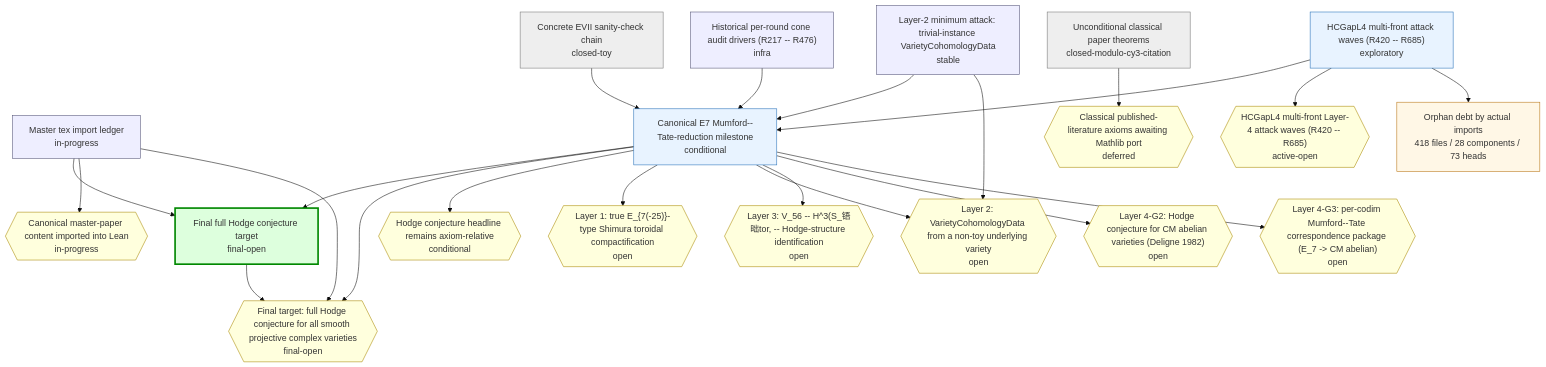
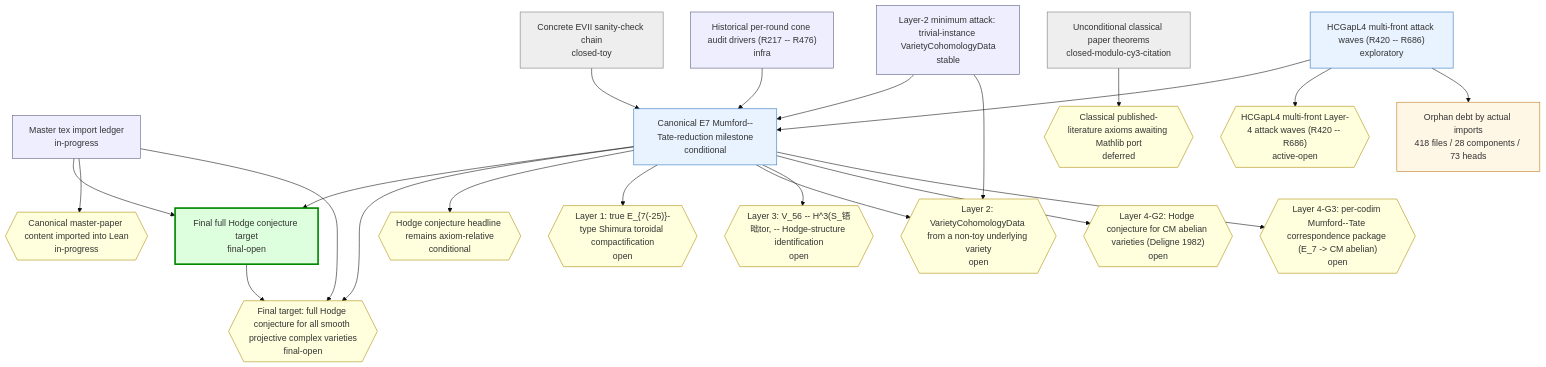
One commit to crabsatellite/hodge-conjecture-lean4-formalization changed the first of 2 diagrams in chain-status/research-map.md. Above: the diagram before and after it, drawn with Mermaid (base theme). The commit also changed other lines of this file and 8 other files, not shown here.

````diff
--- a/chain-status/research-map.md
+++ b/chain-status/research-map.md
@@ -46,54 +46,54 @@
 ```mermaid
 graph TD
   classDef main fill:#dfd,stroke:#080,stroke-width:3px
   classDef active fill:#e8f3ff,stroke:#2670b8
   classDef support fill:#eef,stroke:#557
   classDef closed fill:#eee,stroke:#777
   classDef dead fill:#fdd,stroke:#a00,stroke-width:2px
   classDef gapOpen fill:#ffd,stroke:#a80
   classDef gapClosed fill:#eee,stroke:#777
   classDef gapDead fill:#fdd,stroke:#a00
   classDef debt fill:#fff7e6,stroke:#b87514
   classDef debtTaxonomy fill:#e8f3ff,stroke:#2670b8,stroke-dasharray:3 3
   classDef debtRule fill:#eefbea,stroke:#398439,stroke-dasharray:3 3
   classDef debtDead fill:#fdd,stroke:#a00,stroke-dasharray:3 3
   chain_full_hc_final_target["Final full Hodge conjecture target\nfinal-open"]:::main
   chain_master_paper_import_ledger["Master tex import ledger\nin-progress"]:::support
   chain_main_hc_axiom_relative["Canonical E7 Mumford--Tate-reduction milestone\nconditional"]:::active
   chain_unconditional_classical["Unconditional classical paper theorems\nclosed-modulo-cy3-citation"]:::closed
   chain_hcgap_l2_trivial_instances["Layer-2 minimum attack: trivial-instance VarietyCohomologyData\nstable"]:::support
-  chain_hcgap_l4_multifront_active["HCGapL4 multi-front attack waves (R420 -- R685)\nexploratory"]:::active
+  chain_hcgap_l4_multifront_active["HCGapL4 multi-front attack waves (R420 -- R686)\nexploratory"]:::active
   chain_concrete_evii_toy["Concrete EVII sanity-check chain\nclosed-toy"]:::closed
   chain_historical_cone_audits["Historical per-round cone audit drivers (R217 -- R476)\ninfra"]:::support
   gap_G_full_hc{{"Final target: full Hodge conjecture for all smooth projective complex varieties\nfinal-open"}}:::gapOpen
   gap_G_master_paper_import{{"Canonical master-paper content imported into Lean\nin-progress"}}:::gapOpen
   gap_G_main_hc{{"Hodge conjecture headline remains axiom-relative\nconditional"}}:::gapOpen
   gap_G_l1_e7_shimura_tor{{"Layer 1: true E_{7(-25)}-type Shimura toroidal compactification\nopen"}}:::gapOpen
   gap_G_l2_cohomology_construction{{"Layer 2: VarietyCohomologyData from a non-toy underlying variety\nopen"}}:::gapOpen
   gap_G_l3_v56_mt_identification{{"Layer 3: V_56 -- H^3(S_铻昢tor, -- Hodge-structure identification\nopen"}}:::gapOpen
   gap_G_l4_cm_abelian_hc{{"Layer 4-G2: Hodge conjecture for CM abelian varieties (Deligne 1982)\nopen"}}:::gapOpen
   gap_G_l4_mt_correspondence{{"Layer 4-G3: per-codim Mumford--Tate correspondence package (E_7 -> CM abelian)\nopen"}}:::gapOpen
   gap_G_classical_mathlib_port{{"Classical published-literature axioms awaiting Mathlib port\ndeferred"}}:::gapOpen
-  gap_G_hcgap_l4_multifront{{"HCGapL4 multi-front Layer-4 attack waves (R420 -- R685)\nactive-open"}}:::gapOpen
+  gap_G_hcgap_l4_multifront{{"HCGapL4 multi-front Layer-4 attack waves (R420 -- R686)\nactive-open"}}:::gapOpen
   chain_full_hc_final_target --> gap_G_full_hc
   chain_master_paper_import_ledger --> chain_full_hc_final_target
   chain_master_paper_import_ledger --> gap_G_master_paper_import
   chain_master_paper_import_ledger --> gap_G_full_hc
   chain_main_hc_axiom_relative --> chain_full_hc_final_target
   chain_main_hc_axiom_relative --> gap_G_full_hc
   chain_main_hc_axiom_relative --> gap_G_main_hc
   chain_main_hc_axiom_relative --> gap_G_l1_e7_shimura_tor
   chain_main_hc_axiom_relative --> gap_G_l2_cohomology_construction
   chain_main_hc_axiom_relative --> gap_G_l3_v56_mt_identification
   chain_main_hc_axiom_relative --> gap_G_l4_cm_abelian_hc
   chain_main_hc_axiom_relative --> gap_G_l4_mt_correspondence
   chain_unconditional_classical --> gap_G_classical_mathlib_port
   chain_hcgap_l2_trivial_instances --> chain_main_hc_axiom_relative
   chain_hcgap_l2_trivial_instances --> gap_G_l2_cohomology_construction
   chain_hcgap_l4_multifront_active --> chain_main_hc_axiom_relative
   chain_hcgap_l4_multifront_active --> gap_G_hcgap_l4_multifront
   chain_concrete_evii_toy --> chain_main_hc_axiom_relative
   chain_historical_cone_audits --> chain_main_hc_axiom_relative
   debt_all["Orphan debt by actual imports\n418 files / 28 components / 73 heads"]:::debt
   chain_hcgap_l4_multifront_active --> debt_all
 ```
````
